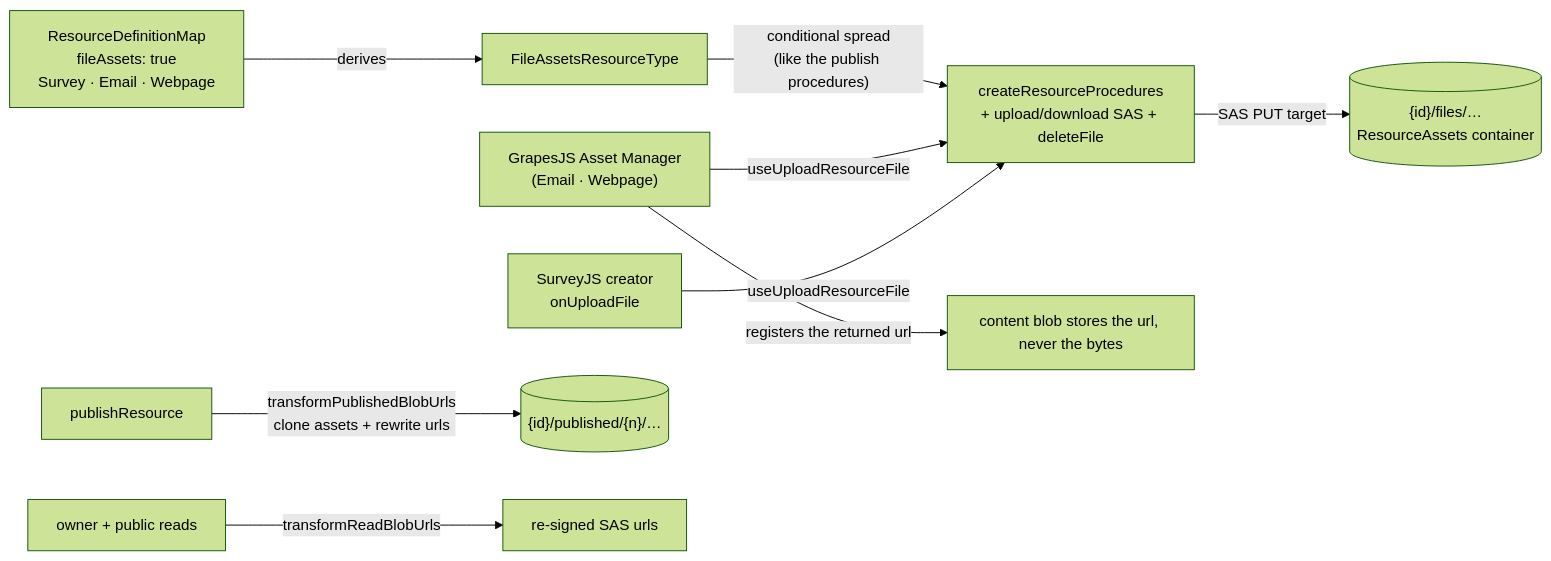
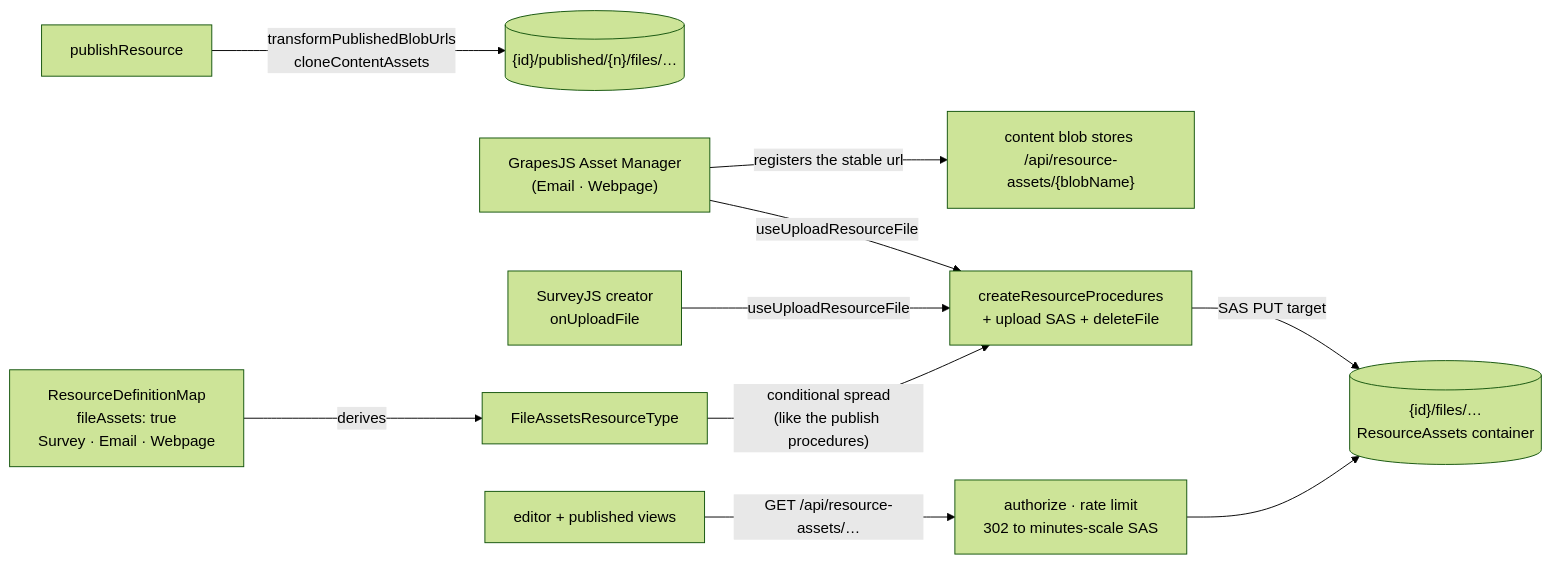
One commit to Esposter/Esposter changed the diagram in packages/app/content/docs/platform/resource-file-assets.md. Above: the diagram before and after it, drawn with Mermaid (forest theme). The commit also changed other lines of this file and 8 other files, not shown here.

````diff
--- a/packages/app/content/docs/platform/resource-file-assets.md
+++ b/packages/app/content/docs/platform/resource-file-assets.md
@@ -16,11 +16,12 @@
 ```mermaid
 flowchart LR
   DEF["ResourceDefinitionMap<br/>fileAssets: true<br/>Survey · Email · Webpage"] -->|derives| UNION["FileAssetsResourceType"]
-  UNION -->|"conditional spread<br/>(like the publish procedures)"| FACTORY["createResourceProcedures<br/>+ upload/download SAS + deleteFile"]
+  UNION -->|"conditional spread<br/>(like the publish procedures)"| FACTORY["createResourceProcedures<br/>+ upload SAS + deleteFile"]
   AM["GrapesJS Asset Manager<br/>(Email · Webpage)"] -->|"useUploadResourceFile"| FACTORY
   CREATOR["SurveyJS creator<br/>onUploadFile"] -->|useUploadResourceFile| FACTORY
   FACTORY -->|SAS PUT target| BLOB[("{id}/files/…<br/>ResourceAssets container")]
-  AM -->|"registers the returned url"| CANVAS["content blob stores the url, never the bytes"]
-  PUB["publishResource"] -->|"transformPublishedBlobUrls<br/>clone assets + rewrite urls"| SNAP[("{id}/published/{n}/…")]
-  OWN["owner + public reads"] -->|transformReadBlobUrls| SAS["re-signed SAS urls"]
+  AM -->|"registers the stable url"| CANVAS["content blob stores /api/resource-assets/{blobName}"]
+  PUB["publishResource"] -->|"transformPublishedBlobUrls<br/>cloneContentAssets"| SNAP[("{id}/published/{n}/files/…")]
+  VIEW["editor + published views"] -->|"GET /api/resource-assets/…"| EP["authorize · rate limit<br/>302 to minutes-scale SAS"]
+  EP --> BLOB
 ```
````
